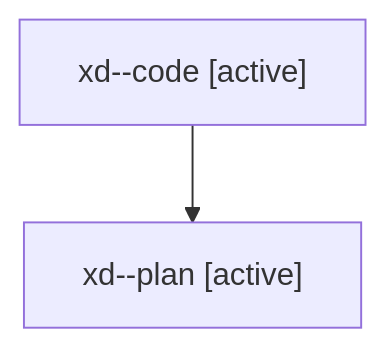
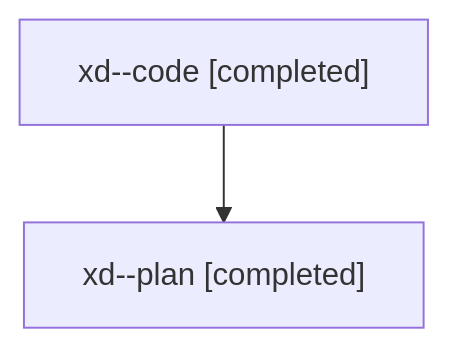
The diagram in families/bbugyi200.athena.xd.md (sase-org/sase--agents), drawn with Mermaid before and after one commit. The commit also changed other lines of this file and 2170 other files, not shown here.

````diff
--- a/families/bbugyi200.athena.xd.md
+++ b/families/bbugyi200.athena.xd.md
@@ -9,6 +9,6 @@
 ```mermaid
 flowchart TD
-  n0["xd--code [active]"]
-  n1["xd--plan [active]"]
+  n0["xd--code [completed]"]
+  n1["xd--plan [completed]"]
   n0 --> n1
 ```
````
